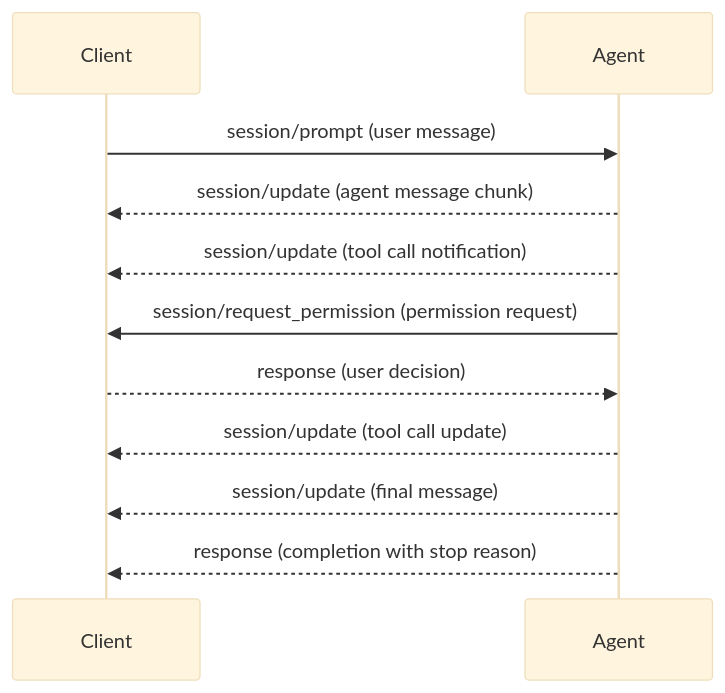
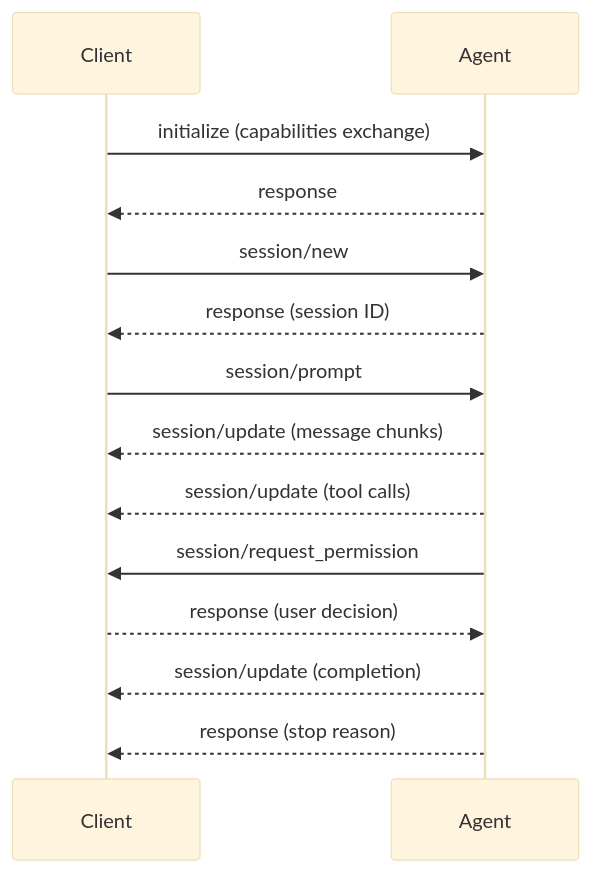
The diagram in examples/README.md (joshgarnett/agent-client-protocol-go), drawn with Mermaid (base theme) before and after one commit. The commit also changed other lines of this file and 5 other files, not shown here.

````diff
--- a/examples/README.md
+++ b/examples/README.md
@@ -235,16 +109,19 @@
 ```mermaid
 sequenceDiagram
     participant Client
     participant Agent
     
-    Client->>Agent: session/prompt (user message)
+    Client->>Agent: initialize (capabilities exchange)
+    Agent-->>Client: response
     
-    Agent-->>Client: session/update (agent message chunk)
-    Agent-->>Client: session/update (tool call notification)
-    Agent->>Client: session/request_permission (permission request)
+    Client->>Agent: session/new
+    Agent-->>Client: response (session ID)
+    
+    Client->>Agent: session/prompt
+    Agent-->>Client: session/update (message chunks)
+    Agent-->>Client: session/update (tool calls)
+    Agent->>Client: session/request_permission
     Client-->>Agent: response (user decision)
-    Agent-->>Client: session/update (tool call update)
-    Agent-->>Client: session/update (final message)
-    
-    Agent-->>Client: response (completion with stop reason)
+    Agent-->>Client: session/update (completion)
+    Agent-->>Client: response (stop reason)
 ```
````
